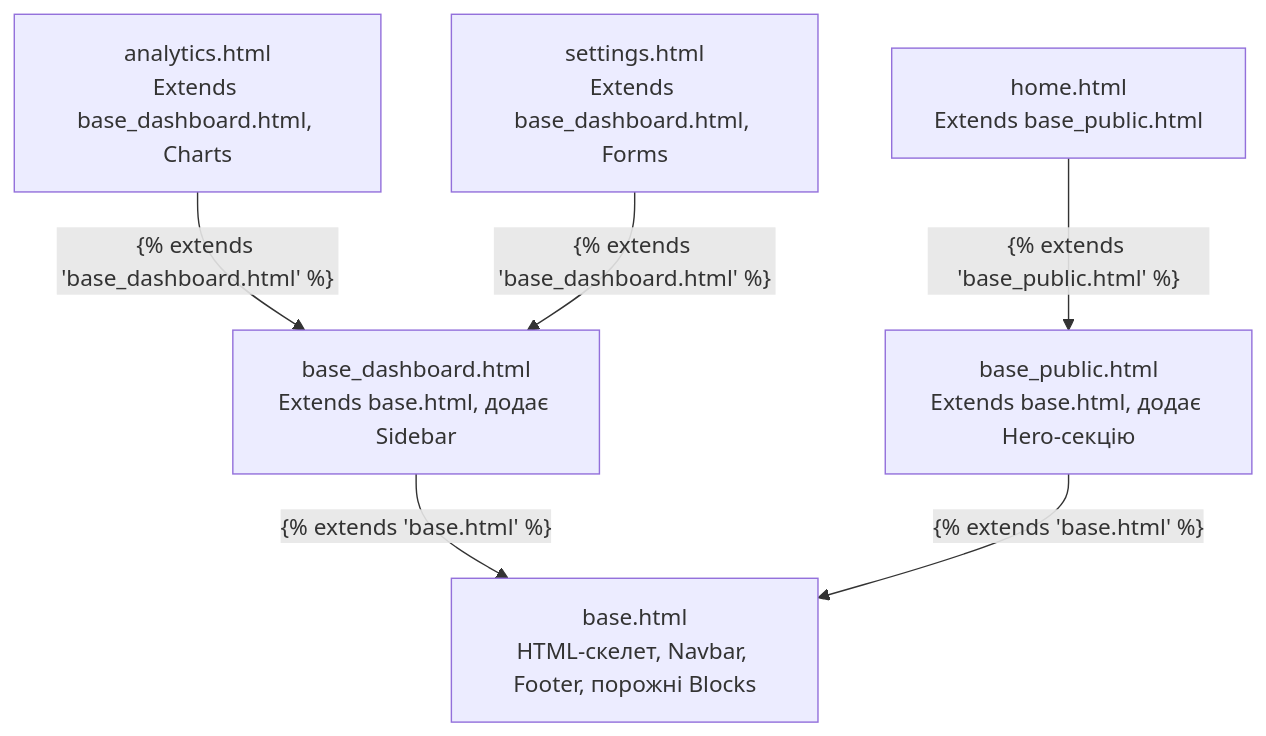
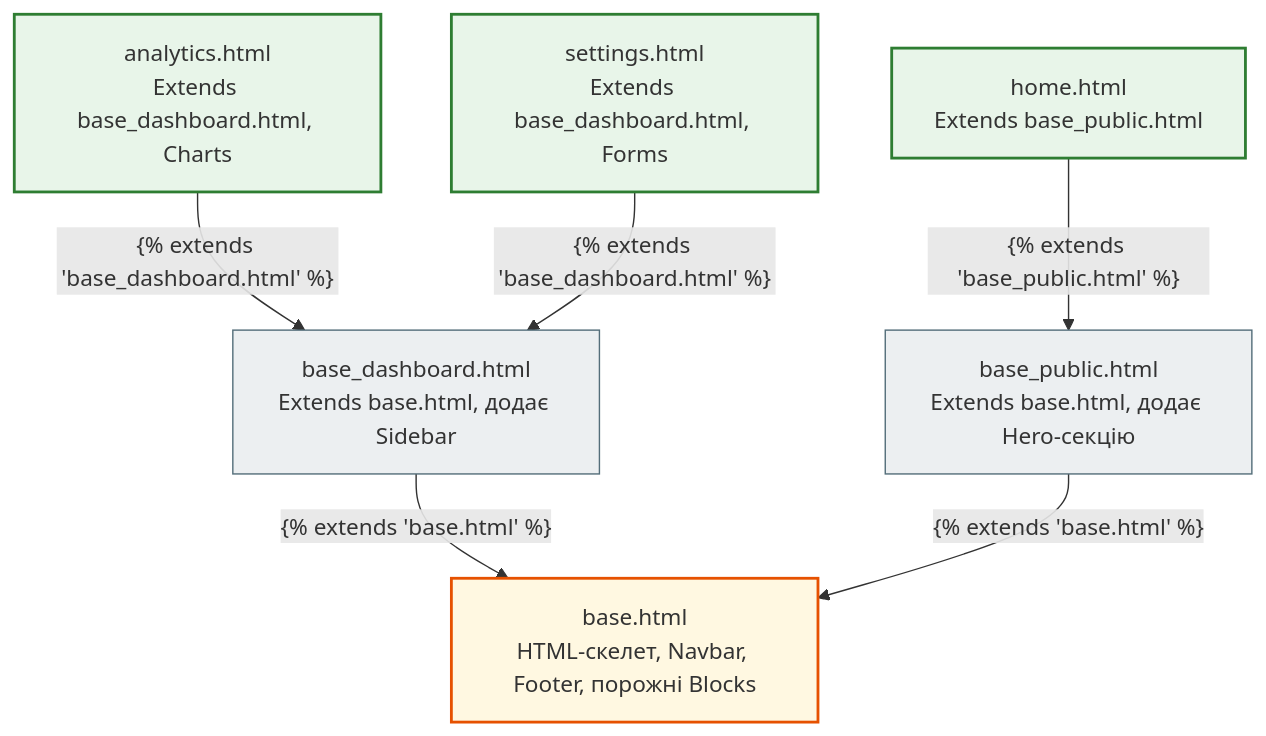
Before and after one commit to NikoriakViktot/notes_chat_app: the seventh of 11 diagrams in docs/05_frontend_and_templates/design_foundations_full.md, drawn with Mermaid. The commit also changed other lines of this file and 441 other files, not shown here.

First line of the commit message:
Add English version of the book, Mermaid standard, docs fixes

````diff
--- a/docs/05_frontend_and_templates/design_foundations_full.md
+++ b/docs/05_frontend_and_templates/design_foundations_full.md
@@ -638,15 +682,22 @@
 ```mermaid
 graph TD
     A["base.html<br>HTML-скелет, Navbar, Footer, порожні Blocks"]
     B["base_dashboard.html<br>Extends base.html, додає Sidebar"]
     C["base_public.html<br>Extends base.html, додає Hero-секцію"]
     D["analytics.html<br>Extends base_dashboard.html, Charts"]
     E["settings.html<br>Extends base_dashboard.html, Forms"]
     F["home.html<br>Extends base_public.html"]
 
     B -->|"{% extends 'base.html' %}"| A
     C -->|"{% extends 'base.html' %}"| A
     D -->|"{% extends 'base_dashboard.html' %}"| B
     E -->|"{% extends 'base_dashboard.html' %}"| B
     F -->|"{% extends 'base_public.html' %}"| C
+
+    classDef step     fill:#eceff1,stroke:#546e7a,stroke-width:1px;
+    classDef success  fill:#e8f5e9,stroke:#2e7d32,stroke-width:2px;
+    classDef warning  fill:#fff8e1,stroke:#e65100,stroke-width:2px;
+    class B,C step;
+    class D,E,F success;
+    class A warning;
 ```
````
